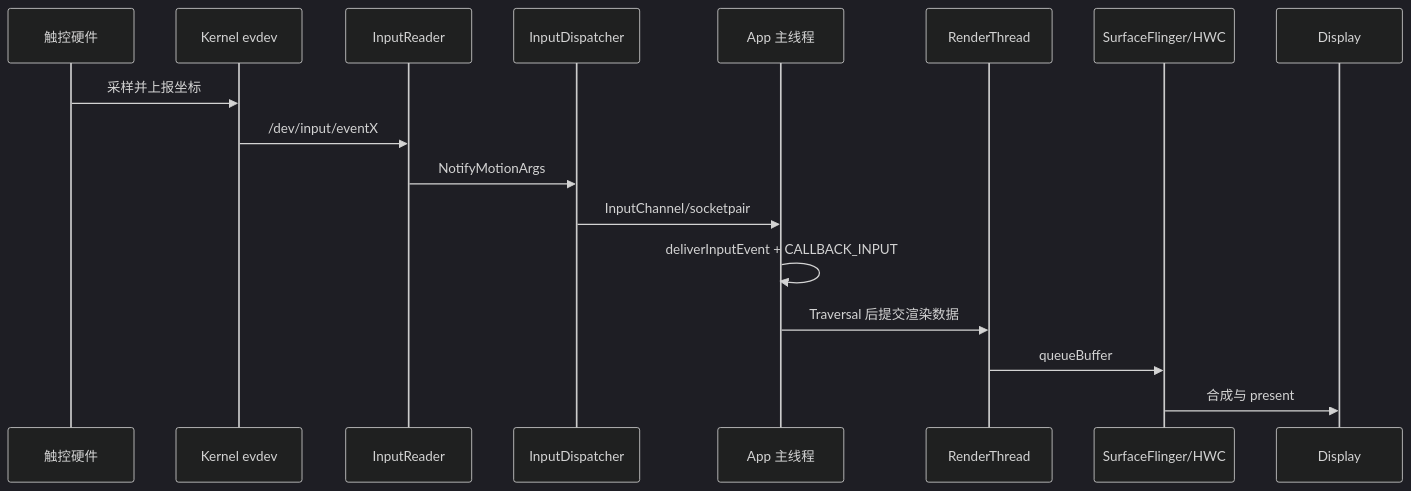
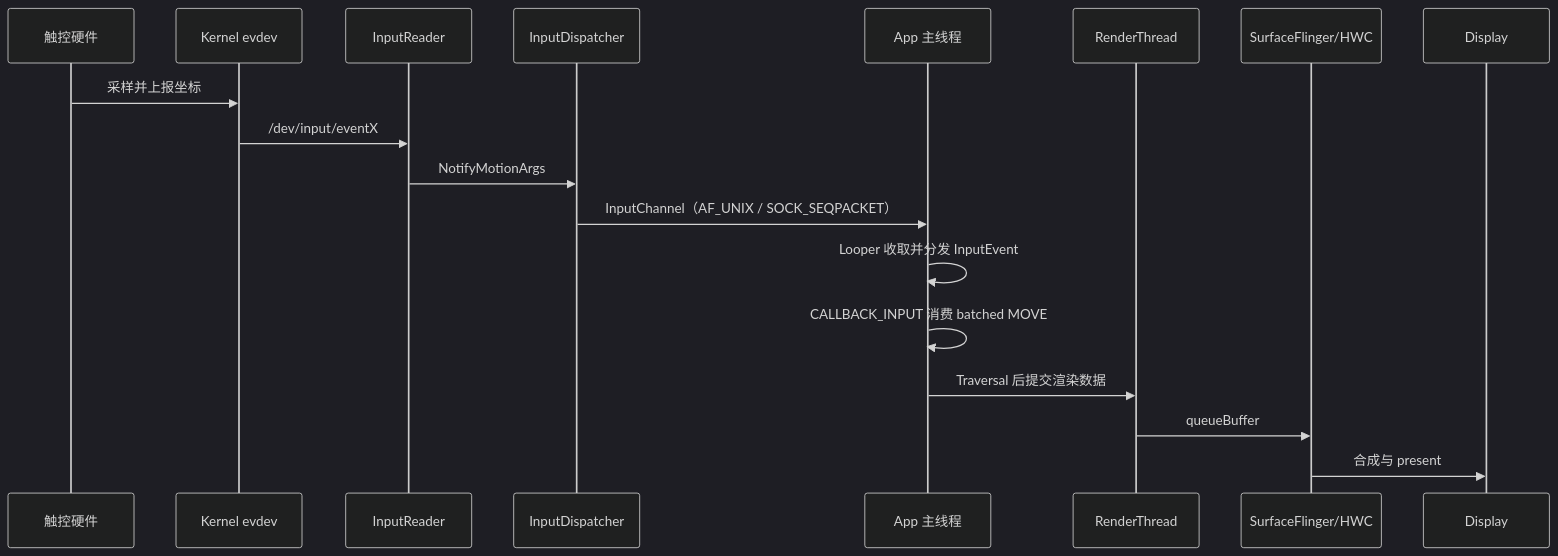
Before and after one commit to Gracker/android-internals-wiki: the first of 2 diagrams in src/part1-fundamentals/ch03-input/04-input-latency-prediction.md, drawn with Mermaid (dark theme). The commit also changed other lines of this file, not shown here.

Commit message:
review input latency and motion prediction for Android 17

````diff
--- a/src/part1-fundamentals/ch03-input/04-input-latency-prediction.md
+++ b/src/part1-fundamentals/ch03-input/04-input-latency-prediction.md
@@ -124,20 +121,21 @@
 ```mermaid
 sequenceDiagram
     participant Touch as 触控硬件
     participant Kernel as Kernel evdev
     participant Reader as InputReader
     participant Dispatcher as InputDispatcher
     participant App as App 主线程
     participant RT as RenderThread
     participant SF as SurfaceFlinger/HWC
     participant Display as Display
 
     Touch->>Kernel: 采样并上报坐标
     Kernel->>Reader: /dev/input/eventX
     Reader->>Dispatcher: NotifyMotionArgs
-    Dispatcher->>App: InputChannel/socketpair
-    App->>App: deliverInputEvent + CALLBACK_INPUT
+    Dispatcher->>App: InputChannel（AF_UNIX / SOCK_SEQPACKET）
+    App->>App: Looper 收取并分发 InputEvent
+    App->>App: CALLBACK_INPUT 消费 batched MOVE
     App->>RT: Traversal 后提交渲染数据
     RT->>SF: queueBuffer
     SF->>Display: 合成与 present
 ```
````
